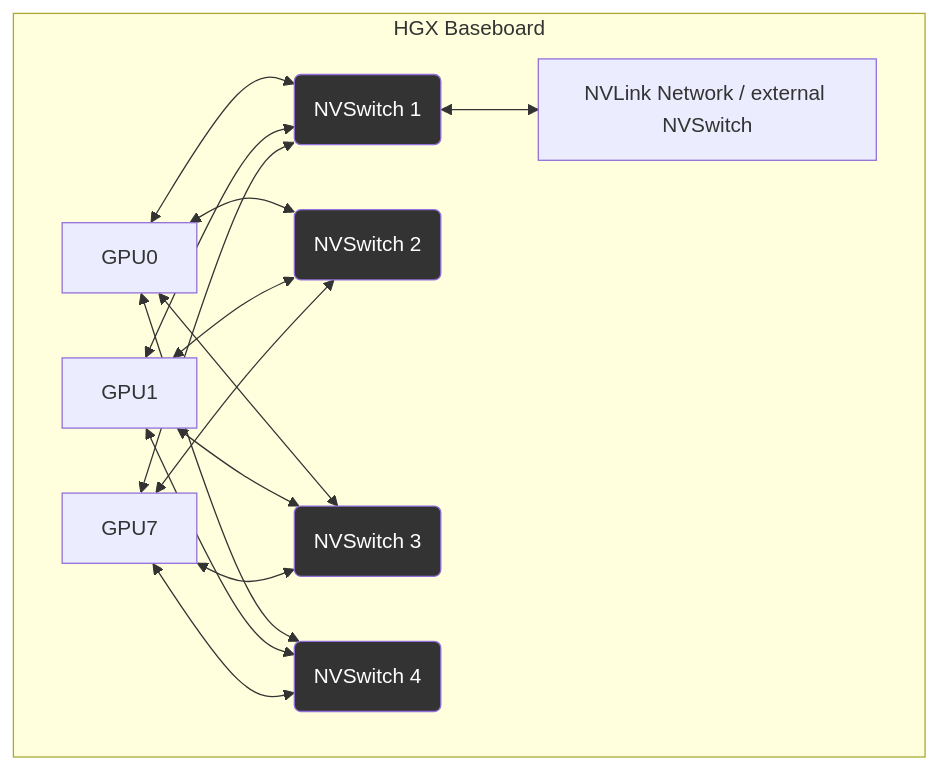
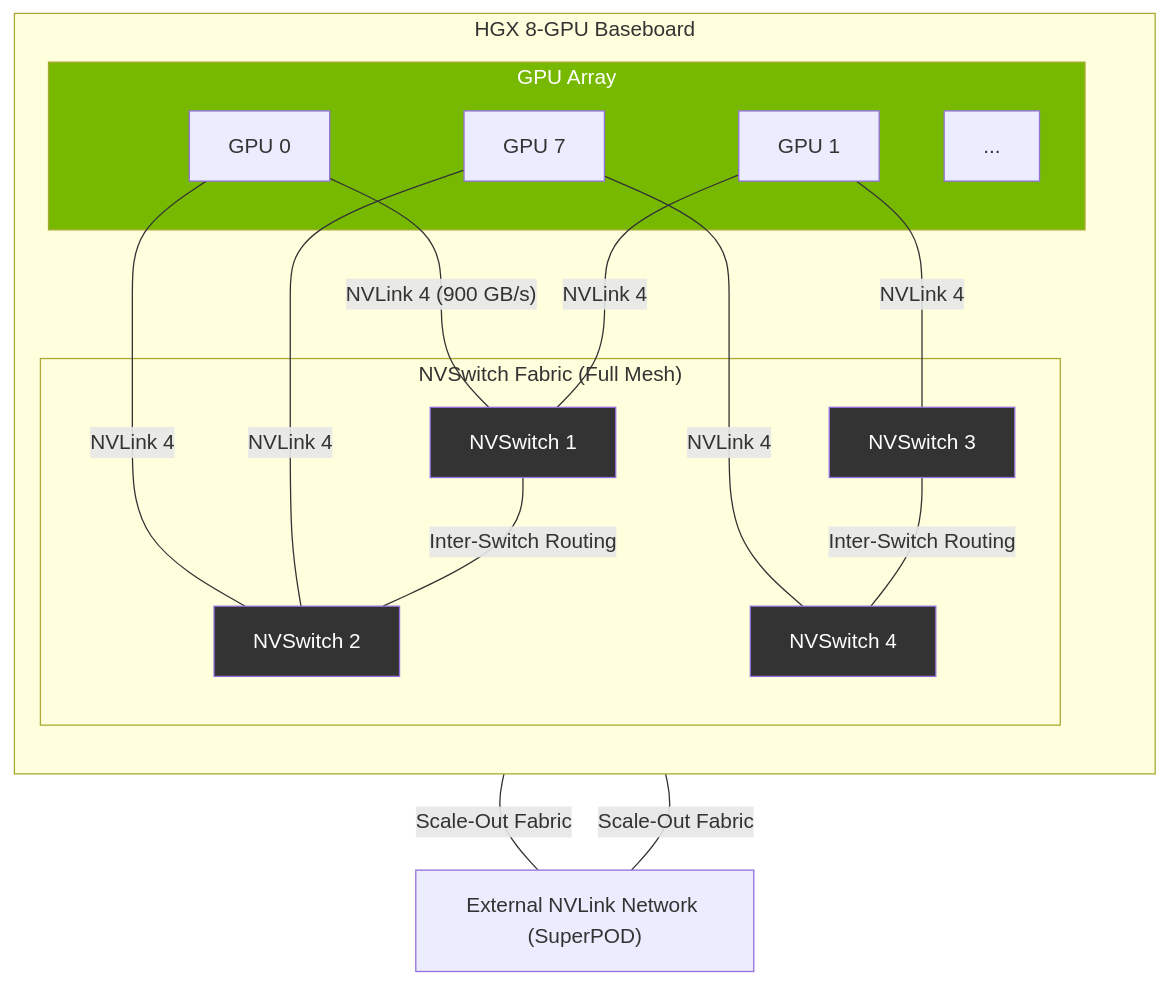
The third of 3 diagrams in docs/volume-04/01-gpu-architecture-topology-masterclass.md (jithinpnjm/nvidia-devops), drawn with Mermaid before and after one commit. The commit also changed other lines of this file and 110 other files, not shown here.

Commit message:
docs(volume-1-10): complete second-pass refinement of formatting, visual diagrams, and code snippets

````diff
--- a/docs/volume-04/01-gpu-architecture-topology-masterclass.md
+++ b/docs/volume-04/01-gpu-architecture-topology-masterclass.md
@@ -215,25 +260,39 @@
 ```mermaid
-graph TD
-    subgraph HGX Baseboard
-        GPU0 <--> SW1(NVSwitch 1)
-        GPU0 <--> SW2(NVSwitch 2)
-        GPU0 <--> SW3(NVSwitch 3)
-        GPU0 <--> SW4(NVSwitch 4)
+flowchart TD
+    subgraph HGX["HGX 8-GPU Baseboard"]
+        direction TB
+        subgraph GPUs["GPU Array"]
+            GPU0["GPU 0"]
+            GPU1["GPU 1"]
+            GPUN["..."]
+            GPU7["GPU 7"]
+        end
         
-        GPU1 <--> SW1
-        GPU1 <--> SW2
-        GPU1 <--> SW3
-        GPU1 <--> SW4
+        subgraph NVSwitches["NVSwitch Fabric (Full Mesh)"]
+            SW1["NVSwitch 1"]
+            SW2["NVSwitch 2"]
+            SW3["NVSwitch 3"]
+            SW4["NVSwitch 4"]
+        end
         
-        GPU7 <--> SW1
-        GPU7 <--> SW2
-        GPU7 <--> SW3
-        GPU7 <--> SW4
+        GPU0 -- "NVLink 4 (900 GB/s)" --- SW1
+        GPU0 -- "NVLink 4" --- SW2
+        GPU1 -- "NVLink 4" --- SW1
+        GPU1 -- "NVLink 4" --- SW3
+        GPU7 -- "NVLink 4" --- SW2
+        GPU7 -- "NVLink 4" --- SW4
         
-        SW1 <--> NVL[NVLink Network / external NVSwitch]
+        SW1 -- "Inter-Switch Routing" --- SW2
+        SW3 -- "Inter-Switch Routing" --- SW4
     end
+    
+    External["External NVLink Network (SuperPOD)"]
+    SW1 -- "Scale-Out Fabric" --- External
+    SW2 -- "Scale-Out Fabric" --- External
+    
     style SW1 fill:#333,color:#fff
     style SW2 fill:#333,color:#fff
     style SW3 fill:#333,color:#fff
     style SW4 fill:#333,color:#fff
+    style GPUs fill:#76b900,color:#fff
 ```
````
